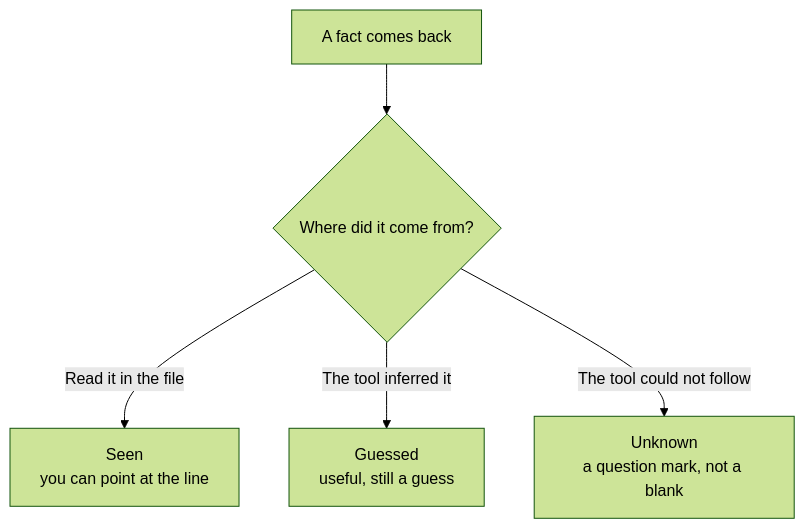
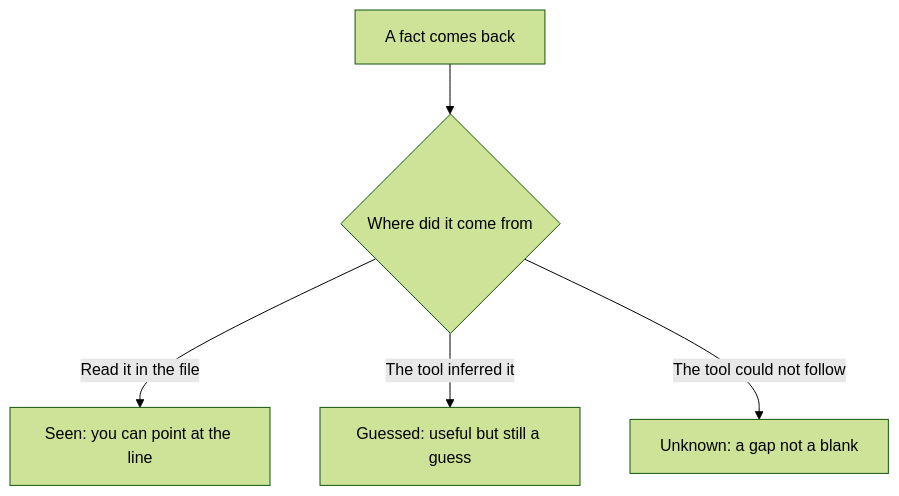
The second of 6 diagrams in content/docs/mdx/part-10-field-notes/chapter-27-reverse-engineer-anything/index.mdx (FirePheonix/cognitive), drawn with Mermaid (forest theme) before and after one commit. The commit also changed other lines of this file and 6 other files, not shown here.

Commit message:
Add the books page and fix the reverse-engineering flowcharts.

````diff
--- a/content/docs/mdx/part-10-field-notes/chapter-27-reverse-engineer-anything/index.mdx
+++ b/content/docs/mdx/part-10-field-notes/chapter-27-reverse-engineer-anything/index.mdx
@@ -86,7 +86,7 @@
 ```mermaid
 flowchart TD
-  Fact["A fact comes back"] --> Kind{"Where did it come from?"}
-  Kind -->|Read it in the file| Seen["Seen<br/>you can point at the line"]
-  Kind -->|The tool inferred it| Guessed["Guessed<br/>useful, still a guess"]
-  Kind -->|The tool could not follow| Unknown["Unknown<br/>a question mark, not a blank"]
+  Fact["A fact comes back"] --> Kind{"Where did it come from"}
+  Kind -->|Read it in the file| Seen["Seen: you can point at the line"]
+  Kind -->|The tool inferred it| Guessed["Guessed: useful but still a guess"]
+  Kind -->|The tool could not follow| Unknown["Unknown: a gap not a blank"]
 ```
````
